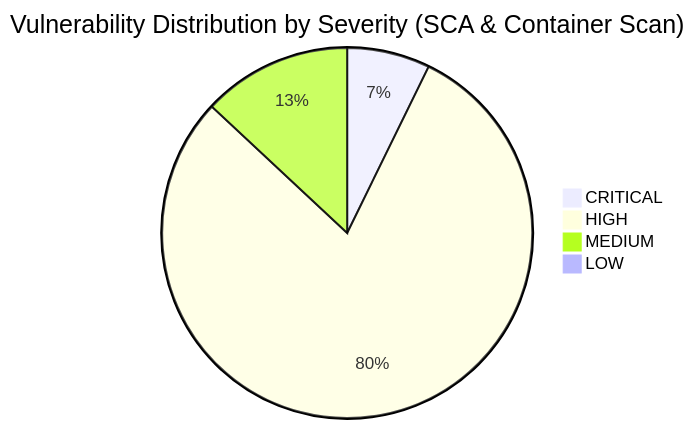
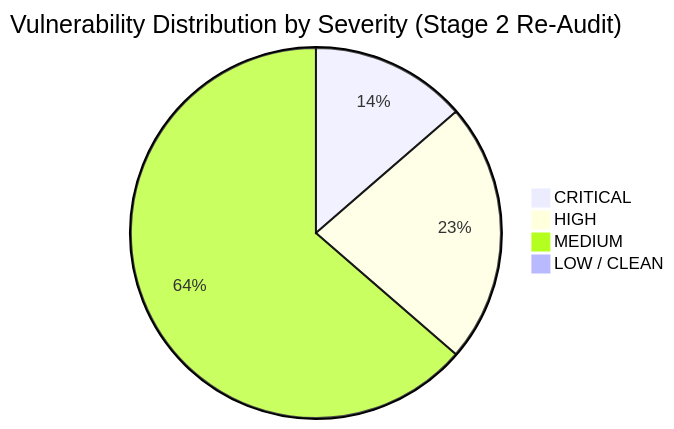
One commit to Veras-D/AprovaENEM changed the first of 3 diagrams in docs/audit/jam2-stage2-static-supply-chain.md. Above: the diagram before and after it, drawn with Mermaid. The commit also changed other lines of this file and 1 other file, not shown here.

Commit message:
docs(audit): complete stage 2 automated sast, sca and container re-audit (TASK-S6-06)

````diff
--- a/docs/audit/jam2-stage2-static-supply-chain.md
+++ b/docs/audit/jam2-stage2-static-supply-chain.md
@@ -29,7 +29,7 @@
 ```mermaid
-pie title Vulnerability Distribution by Severity (SCA & Container Scan)
-    "CRITICAL" : 5
-    "HIGH" : 55
-    "MEDIUM" : 9
-    "LOW" : 0
+pie title Vulnerability Distribution by Severity (Stage 2 Re-Audit)
+    "CRITICAL" : 3
+    "HIGH" : 5
+    "MEDIUM" : 14
+    "LOW / CLEAN" : 0
 ```
````
